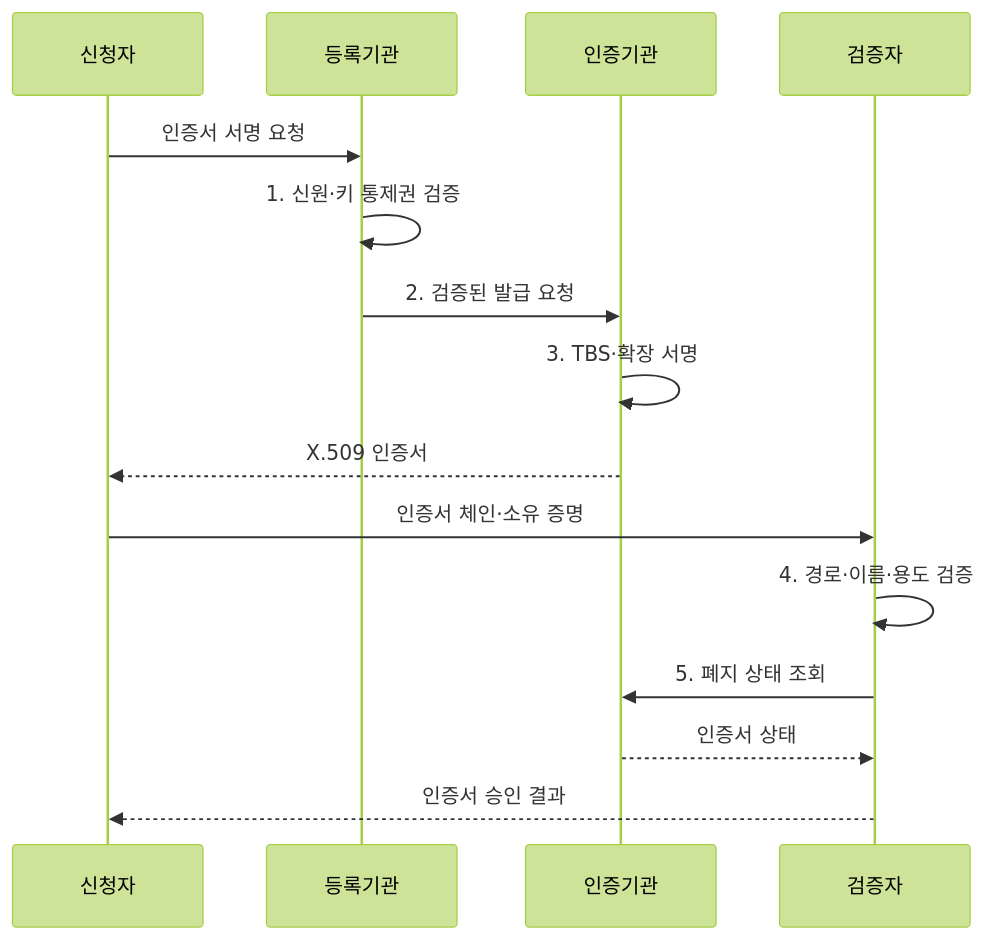
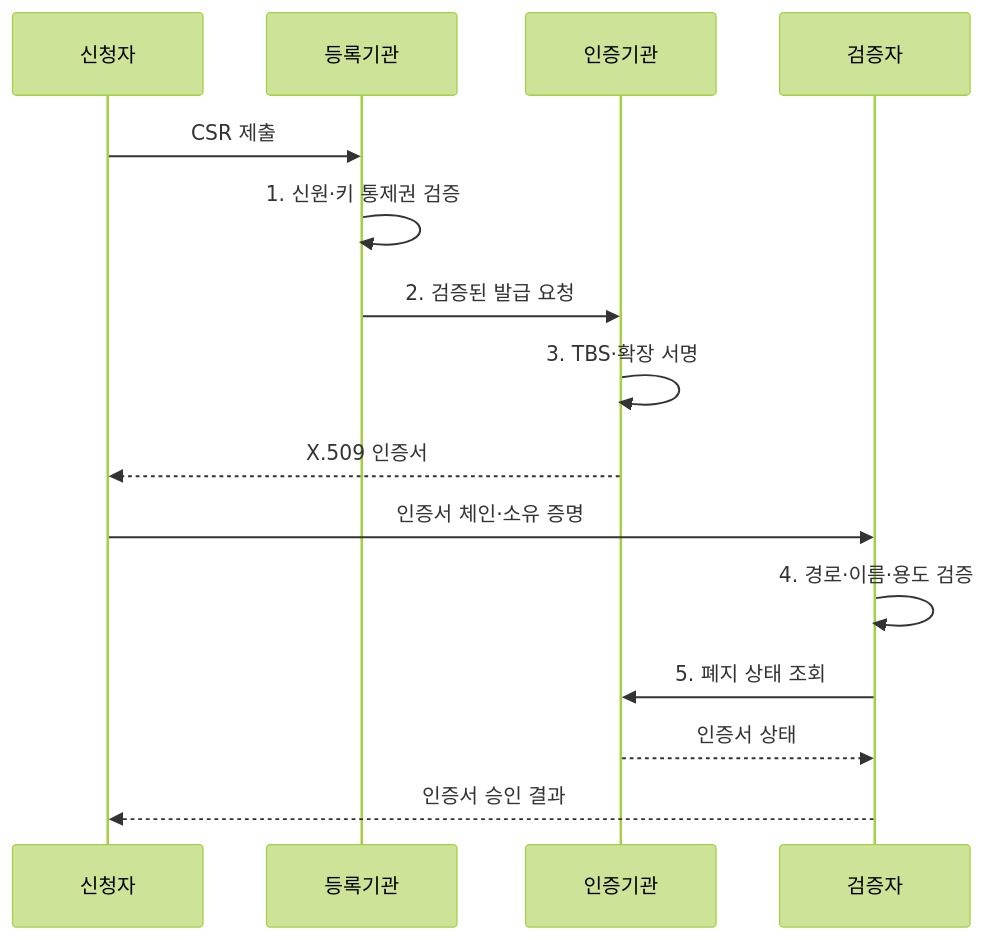
The second of 2 diagrams in src/content/docs/notes/05-security/008_x509_certificate.md (agnusdei1207/knowledge-base), drawn with Mermaid (forest theme) before and after one commit. The commit also changed other lines of this file and 4 other files, not shown here.

````diff
--- a/src/content/docs/notes/05-security/008_x509_certificate.md
+++ b/src/content/docs/notes/05-security/008_x509_certificate.md
@@ -103,17 +103,17 @@
 ```mermaid
 sequenceDiagram
     participant S as 신청자
     participant A as 등록기관
     participant C as 인증기관
     participant V as 검증자
-    S->>A: 인증서 서명 요청
+    S->>A: CSR 제출
     A->>A: 1. 신원·키 통제권 검증
     A->>C: 2. 검증된 발급 요청
     C->>C: 3. TBS·확장 서명
     C-->>S: X.509 인증서
     S->>V: 인증서 체인·소유 증명
     V->>V: 4. 경로·이름·용도 검증
     V->>C: 5. 폐지 상태 조회
     C-->>V: 인증서 상태
     V-->>S: 인증서 승인 결과
 ```
````
